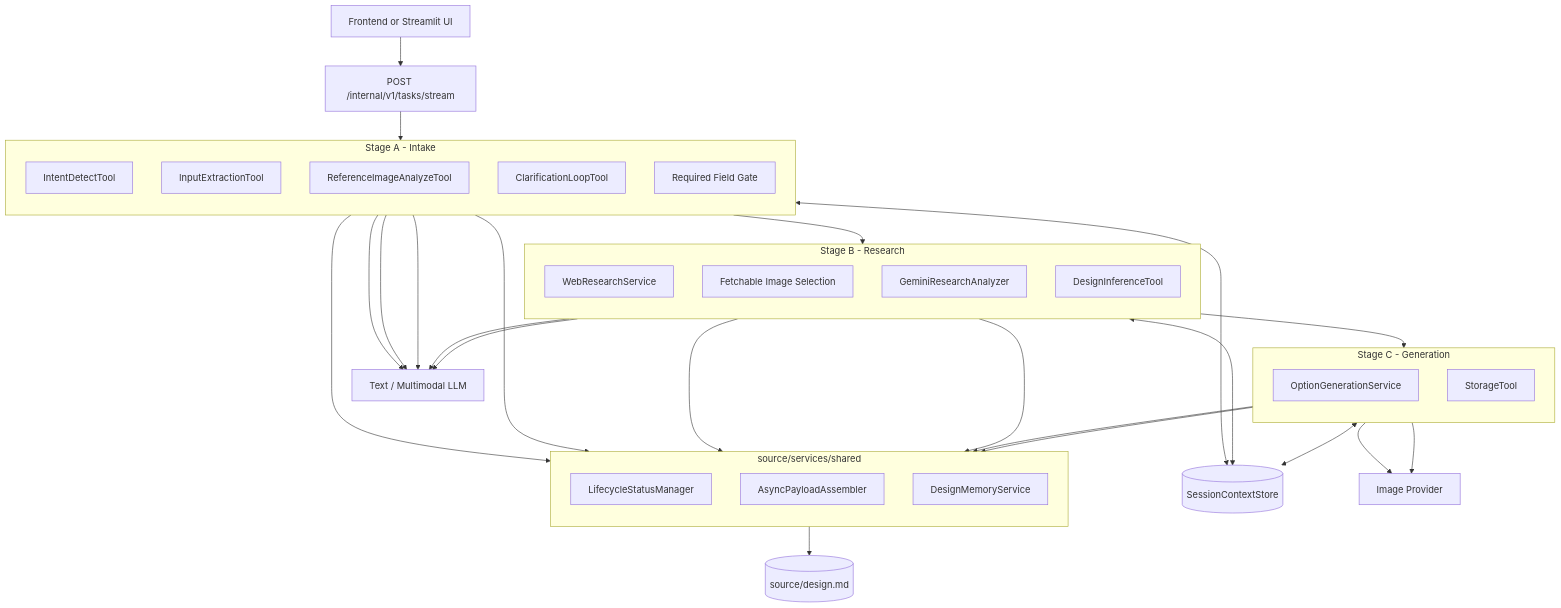
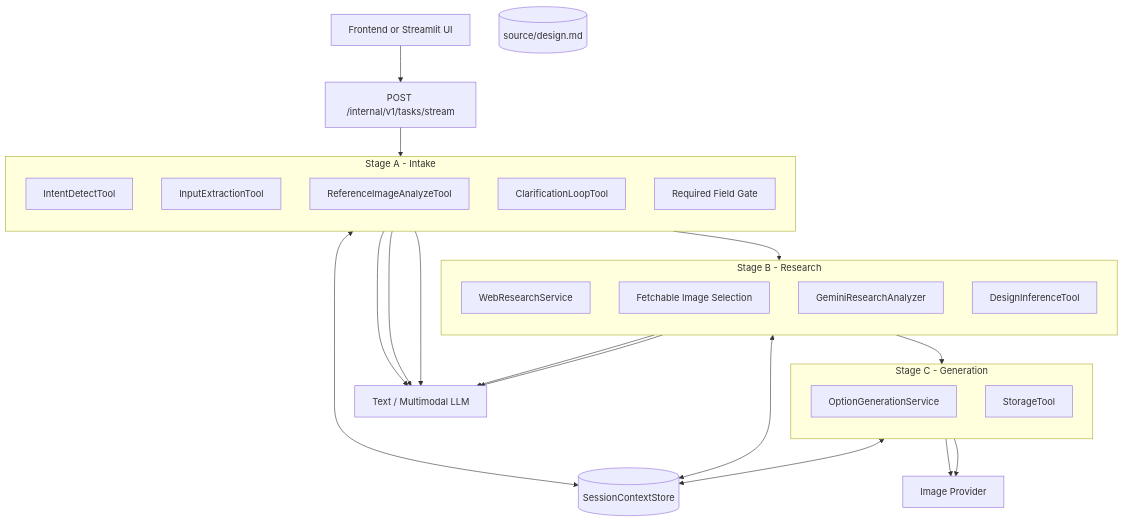
One commit to Ne4nf/Agent-Memory changed the second of 3 diagrams in architecture.md. Above: the diagram before and after it, drawn with Mermaid. The commit also changed other lines of this file, not shown here.

Commit message:
Update architecture documentation with new sections

````diff
--- a/architecture.md
+++ b/architecture.md
@@ -145,60 +151,46 @@
 ```mermaid
 graph TD
   FE[Frontend or Streamlit UI]
   TASK[POST /internal/v1/tasks/stream]
 
   subgraph A[Stage A - Intake]
     direction TB
     A1[IntentDetectTool]
     A2[InputExtractionTool]
     A3[ReferenceImageAnalyzeTool]
     A4[ClarificationLoopTool]
     A5[Required Field Gate]
   end
 
   subgraph B[Stage B - Research]
     direction TB
     B1[WebResearchService]
     B2[Fetchable Image Selection]
     B3[GeminiResearchAnalyzer]
     B4[DesignInferenceTool]
   end
 
   subgraph C[Stage C - Generation]
     direction TB
     C1[OptionGenerationService]
     C2[StorageTool]
   end
 
-  subgraph SHARED[source/services/shared]
-    direction TB
-    S1[LifecycleStatusManager]
-    S2[AsyncPayloadAssembler]
-    S3[DesignMemoryService]
-  end
-
   CTX[(SessionContextStore)]
   DM[(source/design.md)]
   LLM[Text / Multimodal LLM]
   IMG[Image Provider]
 
   FE --> TASK --> A --> B --> C
-  A --> S1
-  B --> S1
-  C --> S1
-  C --> S2
-  A --> S3
-  B --> S3
-  S3 --> DM
 
   A <--> CTX
   B <--> CTX
   C <--> CTX
   A1 --> LLM
   A2 --> LLM
   A3 --> LLM
   B3 --> LLM
   B4 --> LLM
   C1 --> IMG
   C2 --> IMG
 ```
````
